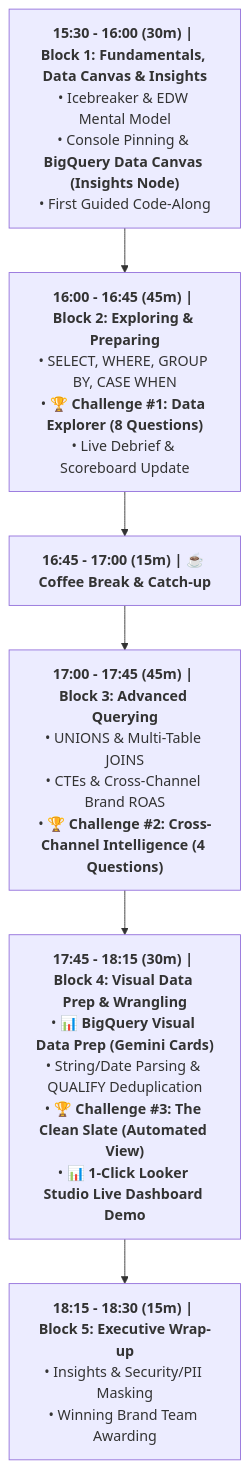
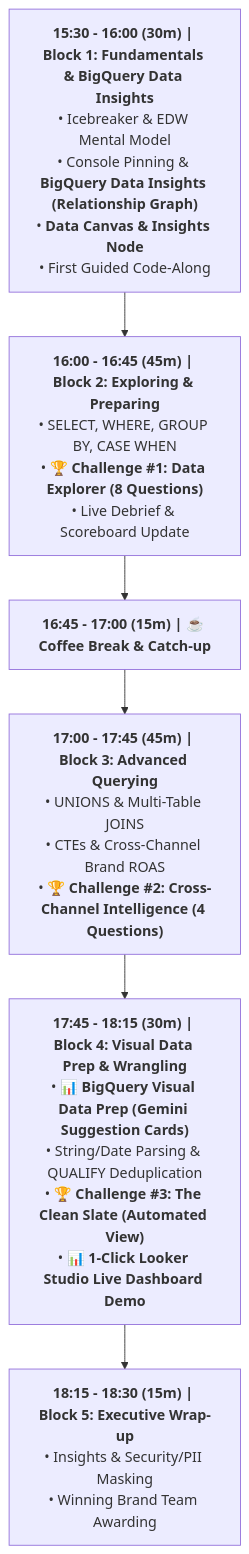
The diagram in instructor_guide.md (mauripsale/luxottica-bigquery-training), drawn with Mermaid before and after one commit. The commit also changed other lines of this file and 4 other files, not shown here.

Commit message:
Incorporate official BigQuery Data Insights documentation features (Knowledge Catalog AI descriptions, relationship graphs, sample SQL queries)

````diff
--- a/instructor_guide.md
+++ b/instructor_guide.md
@@ -15,8 +15,8 @@
 ```mermaid
 flowchart TD
-    Block1["<b>15:30 - 16:00 (30m) | Block 1: Fundamentals, Data Canvas & Insights</b><br/>• Icebreaker & EDW Mental Model<br/>• Console Pinning & <b>BigQuery Data Canvas (Insights Node)</b><br/>• First Guided Code-Along"] --> Block2["<b>16:00 - 16:45 (45m) | Block 2: Exploring & Preparing</b><br/>• SELECT, WHERE, GROUP BY, CASE WHEN<br/>• 🏆 <b>Challenge #1: Data Explorer (8 Questions)</b><br/>• Live Debrief & Scoreboard Update"]
+    Block1["<b>15:30 - 16:00 (30m) | Block 1: Fundamentals & BigQuery Data Insights</b><br/>• Icebreaker & EDW Mental Model<br/>• Console Pinning & <b>BigQuery Data Insights (Relationship Graph)</b><br/>• <b>Data Canvas & Insights Node</b><br/>• First Guided Code-Along"] --> Block2["<b>16:00 - 16:45 (45m) | Block 2: Exploring & Preparing</b><br/>• SELECT, WHERE, GROUP BY, CASE WHEN<br/>• 🏆 <b>Challenge #1: Data Explorer (8 Questions)</b><br/>• Live Debrief & Scoreboard Update"]
     Block2 --> Break["<b>16:45 - 17:00 (15m) | ☕ Coffee Break & Catch-up</b>"]
     Break --> Block3["<b>17:00 - 17:45 (45m) | Block 3: Advanced Querying</b><br/>• UNIONS & Multi-Table JOINS<br/>• CTEs & Cross-Channel Brand ROAS<br/>• 🏆 <b>Challenge #2: Cross-Channel Intelligence (4 Questions)</b>"]
-    Block3 --> Block4["<b>17:45 - 18:15 (30m) | Block 4: Visual Data Prep & Wrangling</b><br/>• 📊 <b>BigQuery Visual Data Prep (Gemini Cards)</b><br/>• String/Date Parsing & QUALIFY Deduplication<br/>• 🏆 <b>Challenge #3: The Clean Slate (Automated View)</b><br/>• 📊 <b>1-Click Looker Studio Live Dashboard Demo</b>"]
+    Block3 --> Block4["<b>17:45 - 18:15 (30m) | Block 4: Visual Data Prep & Wrangling</b><br/>• 📊 <b>BigQuery Visual Data Prep (Gemini Suggestion Cards)</b><br/>• String/Date Parsing & QUALIFY Deduplication<br/>• 🏆 <b>Challenge #3: The Clean Slate (Automated View)</b><br/>• 📊 <b>1-Click Looker Studio Live Dashboard Demo</b>"]
     Block4 --> Block5["<b>18:15 - 18:30 (15m) | Block 5: Executive Wrap-up</b><br/>• Insights & Security/PII Masking<br/>• Winning Brand Team Awarding"]
 ```
````
